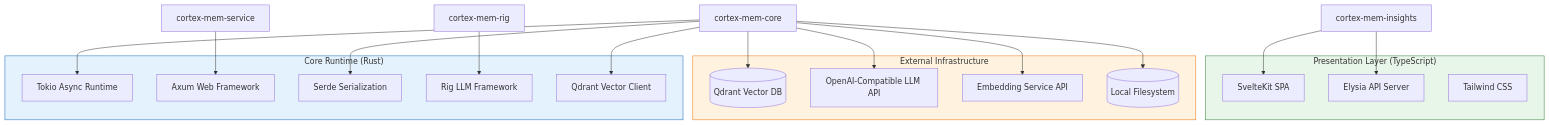
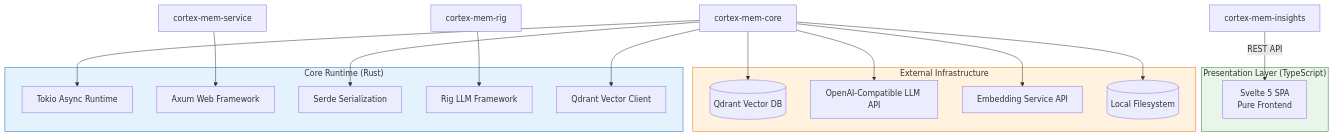
One commit to sopaco/cortex-mem changed the first of 13 diagrams in litho.docs/en/2.Architecture.md. Above: the diagram before and after it, drawn with Mermaid. The commit also changed other lines of this file and 6 other files, not shown here.

````diff
--- a/litho.docs/en/2.Architecture.md
+++ b/litho.docs/en/2.Architecture.md
@@ -38,41 +38,38 @@
 ```mermaid
 flowchart TB
     subgraph CoreRuntime["Core Runtime (Rust)"]
         Tokio[Tokio Async Runtime]
         Axum[Axum Web Framework]
         Serde[Serde Serialization]
         Rig[Rig LLM Framework]
         QdrantClient[Qdrant Vector Client]
     end
     
     subgraph Presentation["Presentation Layer (TypeScript)"]
-        Svelte[SvelteKit SPA]
-        Elysia[Elysia API Server]
-        Tailwind[Tailwind CSS]
+        Svelte[Svelte 5 SPA<br/>Pure Frontend]
     end
     
     subgraph External["External Infrastructure"]
         Qdrant[(Qdrant Vector DB)]
         LLM[OpenAI-Compatible LLM API]
         Embedding[Embedding Service API]
         FS[(Local Filesystem)]
     end
     
     cortex-mem-core --> Tokio
     cortex-mem-service --> Axum
     cortex-mem-core --> Serde
     cortex-mem-rig --> Rig
     cortex-mem-core --> QdrantClient
     
-    cortex-mem-insights --> Svelte
-    cortex-mem-insights --> Elysia
+    cortex-mem-insights -->|REST API| Svelte
     
     cortex-mem-core --> Qdrant
     cortex-mem-core --> LLM
     cortex-mem-core --> Embedding
     cortex-mem-core --> FS
     
     style CoreRuntime fill:#e3f2fd,stroke:#1565c0
     style Presentation fill:#e8f5e9,stroke:#2e7d32
     style External fill:#fff3e0,stroke:#ef6c00
 ```
````
